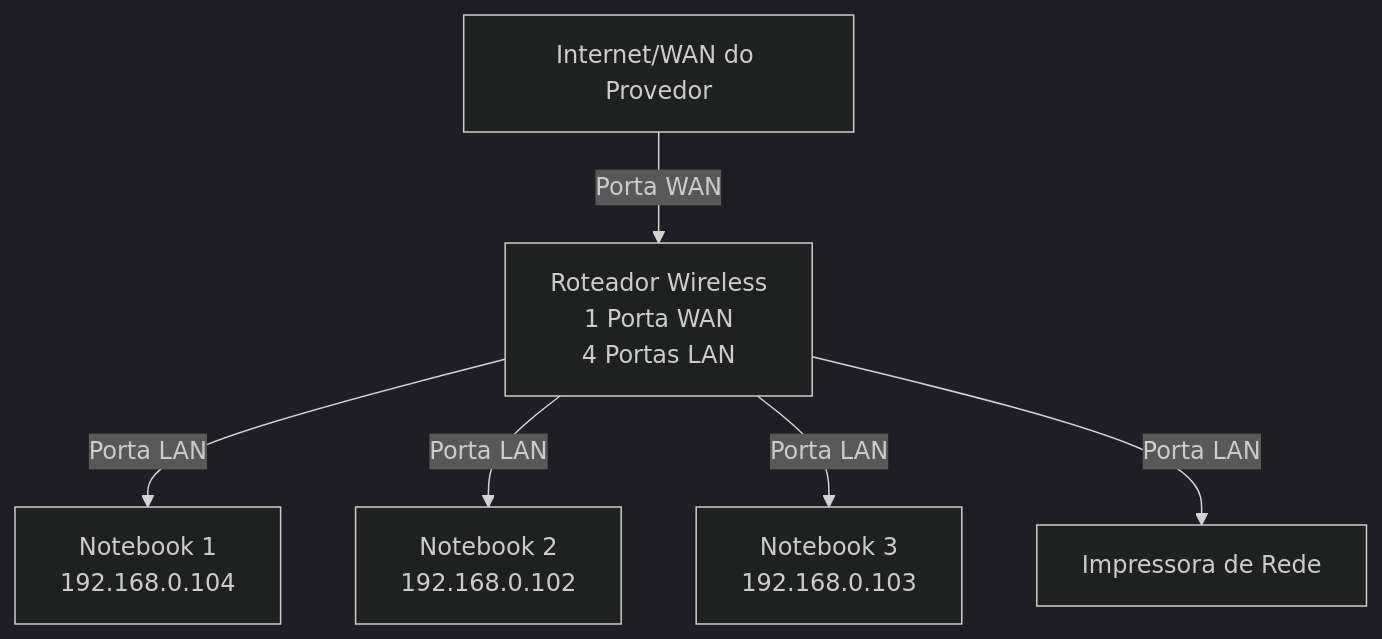
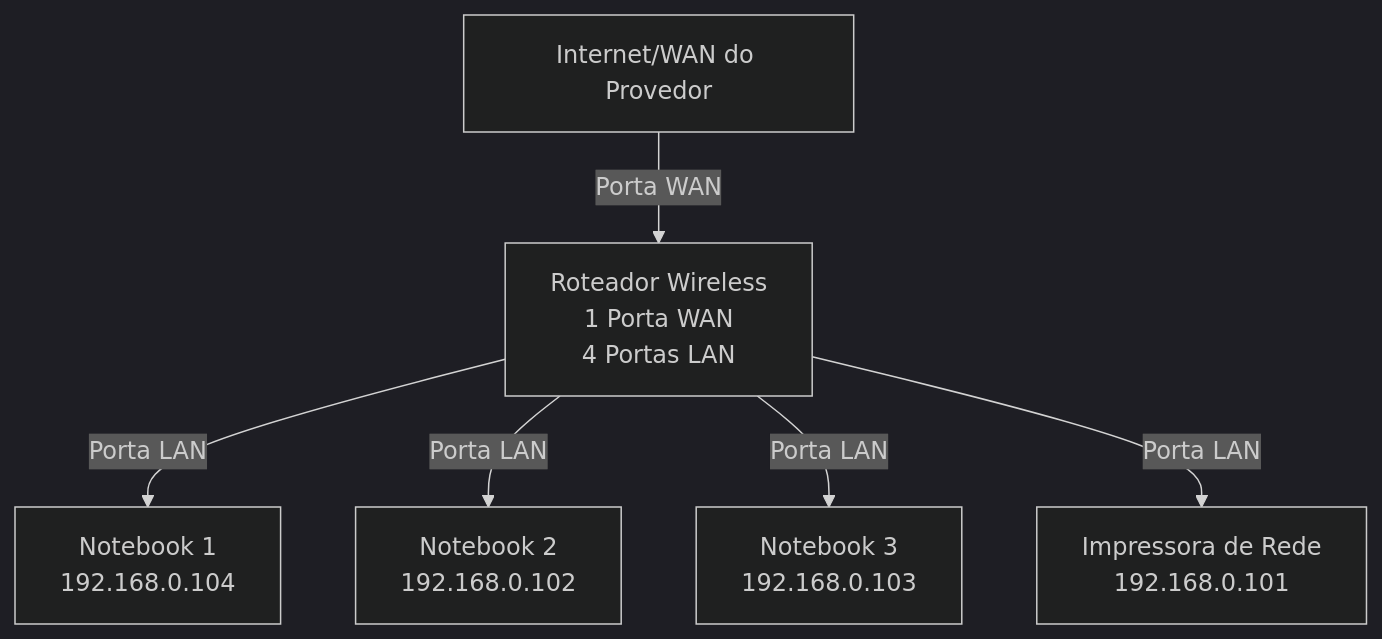
The diagram in README.md (gabrielmonn/senac-redes), drawn with Mermaid (dark theme) before and after one commit.

````diff
--- a/README.md
+++ b/README.md
@@ -28,25 +28,25 @@
 ```mermaid
 graph TD
 
 WAN[Internet/WAN do Provedor]
 
 Router[Roteador Wireless<br>1 Porta WAN<br>4 Portas LAN]
 
 PC1[Notebook 1<br>192.168.0.104]
 
 PC2[Notebook 2<br>192.168.0.102]
 
 PC3[Notebook 3<br>192.168.0.103]
 
-Printer[Impressora de Rede]
+Printer[Impressora de Rede<br>192.168.0.101]
 
 WAN--> |Porta WAN| Router
 
 Router--> |Porta LAN| PC1
 
 Router--> |Porta LAN| PC2
 
 Router--> |Porta LAN| PC3
 
 Router--> |Porta LAN| Printer
 ```
````
